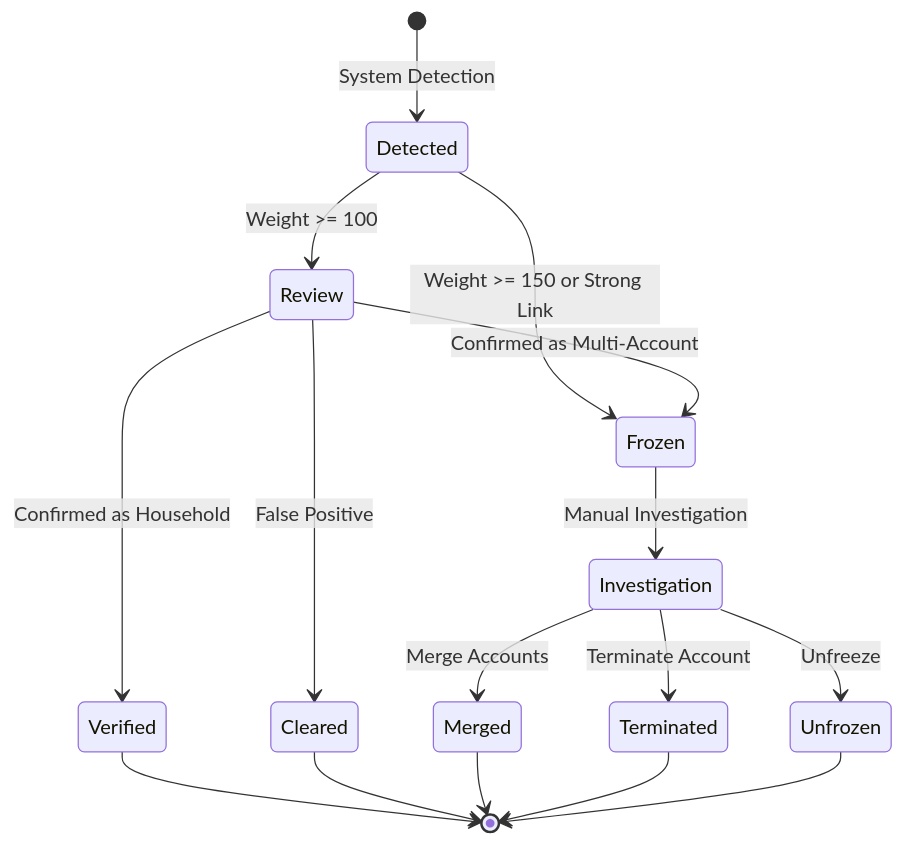
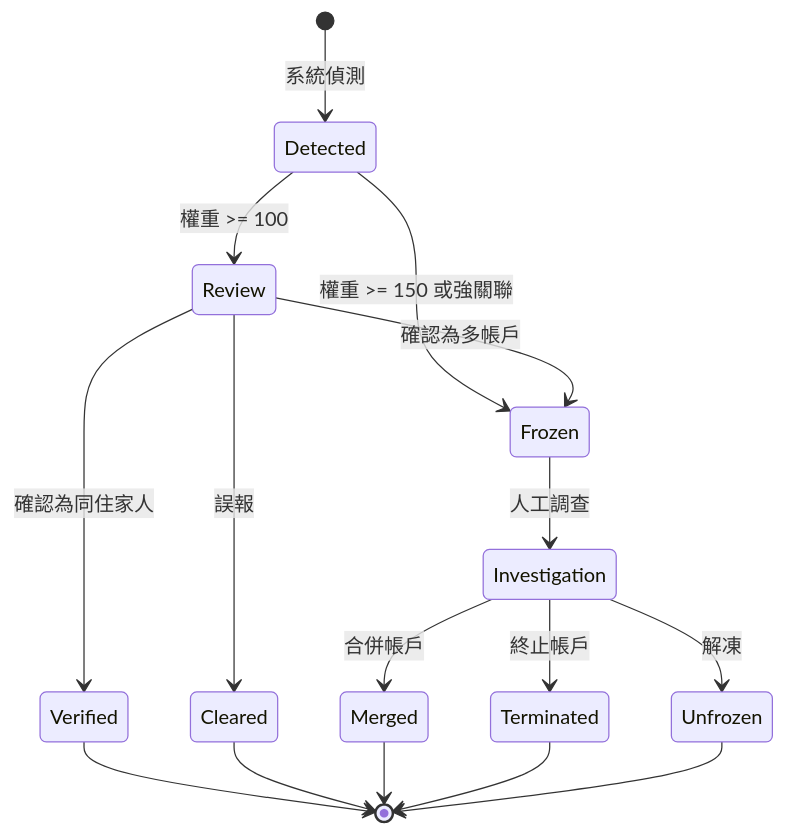
Before and after one commit to ron03wlb/smart-admin: the third of 5 diagrams in docs/iGaming/architecture/05_Risk_Engine/Fraud_Detection_System.md, drawn with Mermaid. The commit also changed other lines of this file and 4 other files, not shown here.

````diff
--- a/docs/iGaming/architecture/05_Risk_Engine/Fraud_Detection_System.md
+++ b/docs/iGaming/architecture/05_Risk_Engine/Fraud_Detection_System.md
@@ -751,22 +751,22 @@
 ```mermaid
 stateDiagram-v2
-    [*] --> Detected: System Detection
+    [*] --> Detected: 系統偵測
 
-    Detected --> Review: Weight >= 100
-    Detected --> Frozen: Weight >= 150 or Strong Link
+    Detected --> Review: 權重 >= 100
+    Detected --> Frozen: 權重 >= 150 或強關聯
 
-    Review --> Verified: Confirmed as Household
-    Review --> Frozen: Confirmed as Multi-Account
-    Review --> Cleared: False Positive
+    Review --> Verified: 確認為同住家人
+    Review --> Frozen: 確認為多帳戶
+    Review --> Cleared: 誤報
 
-    Frozen --> Investigation: Manual Investigation
-    Investigation --> Merged: Merge Accounts
-    Investigation --> Terminated: Terminate Account
-    Investigation --> Unfrozen: Unfreeze
+    Frozen --> Investigation: 人工調查
+    Investigation --> Merged: 合併帳戶
+    Investigation --> Terminated: 終止帳戶
+    Investigation --> Unfrozen: 解凍
 
     Verified --> [*]
     Cleared --> [*]
     Merged --> [*]
     Terminated --> [*]
     Unfrozen --> [*]
 ```
````
